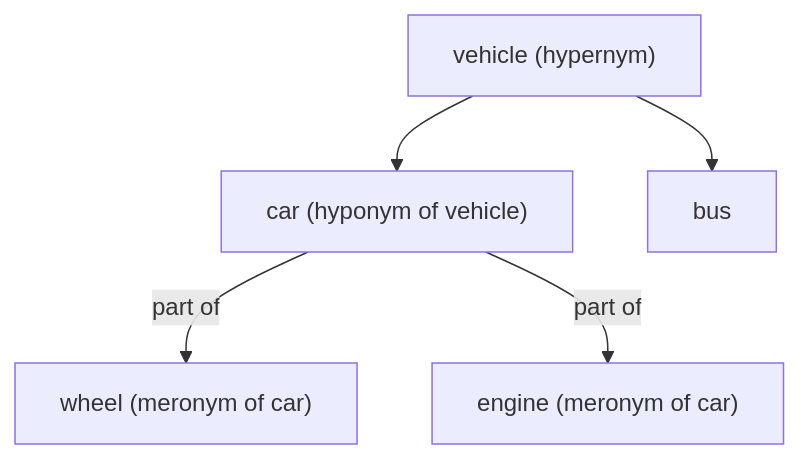
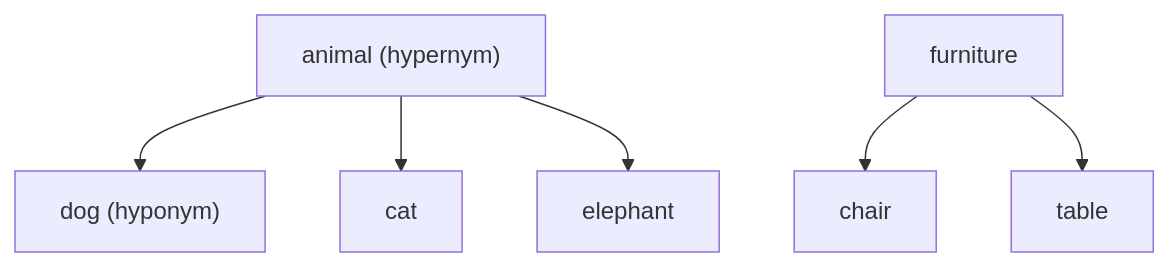
One commit to TrendySloth1001/sem-seven-notes changed the second of 2 diagrams in content/natural-language-processing/pyq/2024-12/q3a.mdx. Above: the diagram before and after it, drawn with Mermaid. The commit also changed other lines of this file and 406 other files, not shown here.

````diff
--- a/content/natural-language-processing/pyq/2024-12/q3a.mdx
+++ b/content/natural-language-processing/pyq/2024-12/q3a.mdx
@@ -23,8 +49,9 @@
 ```mermaid
-%% caption: Is-a links (hypernym above, hyponym below) go down the tree. Part-of links (meronym) connect a part to its whole.
+%% caption: Hypernym and hyponym on the class examples. Arrows point from the general word to the specific word.
 flowchart TD
-  V["vehicle (hypernym)"] --> C["car (hyponym of vehicle)"]
-  V --> B["bus"]
-  C -->|"part of"| W["wheel (meronym of car)"]
-  C -->|"part of"| E["engine (meronym of car)"]
+  A["animal (hypernym)"] --> B["dog (hyponym)"]
+  A --> C["cat"]
+  A --> D["elephant"]
+  E["furniture"] --> F["chair"]
+  E --> G["table"]
 ```
````
